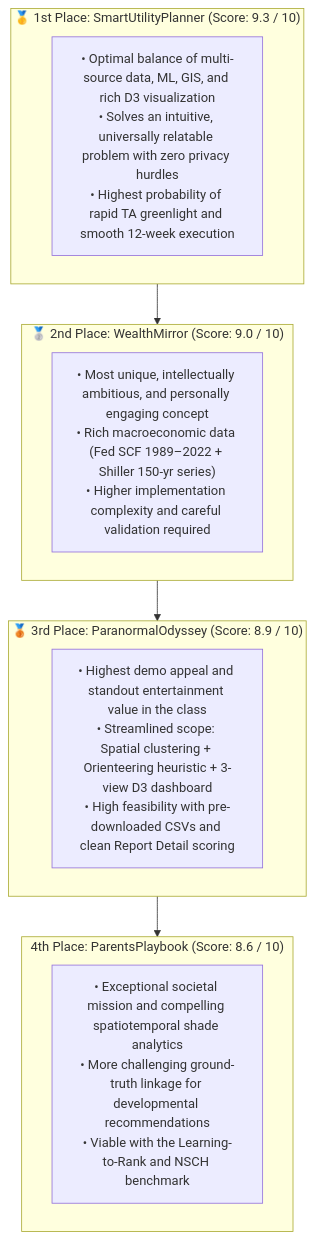
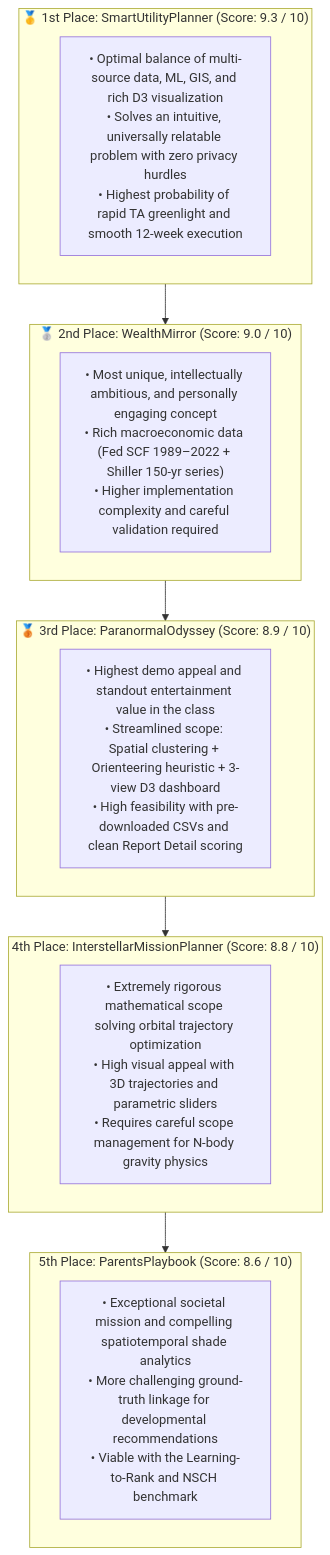
Before and after one commit to manoj-android/cse-6242-project: the diagram in projectwork/topics/topicComparision.md, drawn with Mermaid. The commit also changed other lines of this file and 1 other file, not shown here.

Commit message:
Add Interstellar Mission Planner proposal and update comparison

````diff
--- a/projectwork/topics/topicComparision.md
+++ b/projectwork/topics/topicComparision.md
@@ -87,20 +99,24 @@
 ```mermaid
 flowchart TD
     subgraph Rank1["🥇 1st Place: SmartUtilityPlanner (Score: 9.3 / 10)"]
         R1["• Optimal balance of multi-source data, ML, GIS, and rich D3 visualization<br>• Solves an intuitive, universally relatable problem with zero privacy hurdles<br>• Highest probability of rapid TA greenlight and smooth 12-week execution"]
     end
 
     subgraph Rank2["🥈 2nd Place: WealthMirror (Score: 9.0 / 10)"]
         R2["• Most unique, intellectually ambitious, and personally engaging concept<br>• Rich macroeconomic data (Fed SCF 1989–2022 + Shiller 150-yr series)<br>• Higher implementation complexity and careful validation required"]
     end
 
     subgraph Rank3["🥉 3rd Place: ParanormalOdyssey (Score: 8.9 / 10)"]
         R3["• Highest demo appeal and standout entertainment value in the class<br>• Streamlined scope: Spatial clustering + Orienteering heuristic + 3-view D3 dashboard<br>• High feasibility with pre-downloaded CSVs and clean Report Detail scoring"]
     end
 
-    subgraph Rank4["4th Place: ParentsPlaybook (Score: 8.6 / 10)"]
-        R4["• Exceptional societal mission and compelling spatiotemporal shade analytics<br>• More challenging ground-truth linkage for developmental recommendations<br>• Viable with the Learning-to-Rank and NSCH benchmark"]
+    subgraph Rank4["4th Place: InterstellarMissionPlanner (Score: 8.8 / 10)"]
+        R4["• Extremely rigorous mathematical scope solving orbital trajectory optimization<br>• High visual appeal with 3D trajectories and parametric sliders<br>• Requires careful scope management for N-body gravity physics"]
     end
 
-    Rank1 --> Rank2 --> Rank3 --> Rank4
+    subgraph Rank5["5th Place: ParentsPlaybook (Score: 8.6 / 10)"]
+        R5["• Exceptional societal mission and compelling spatiotemporal shade analytics<br>• More challenging ground-truth linkage for developmental recommendations<br>• Viable with the Learning-to-Rank and NSCH benchmark"]
+    end
+
+    Rank1 --> Rank2 --> Rank3 --> Rank4 --> Rank5
 ```
````
